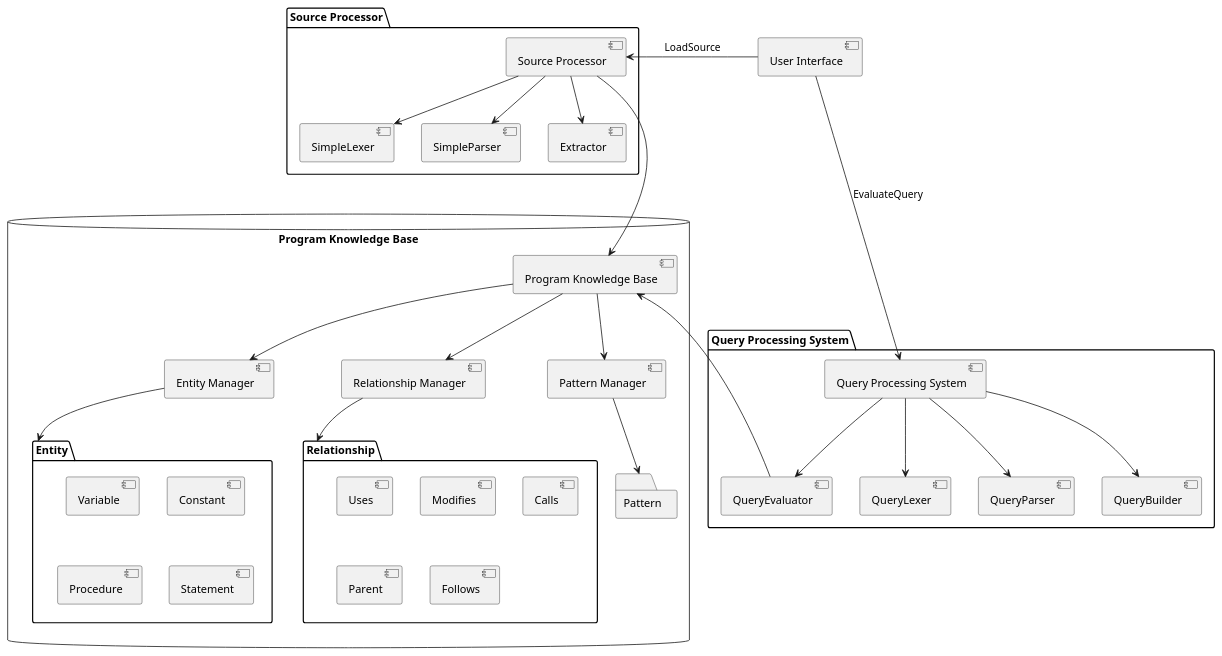
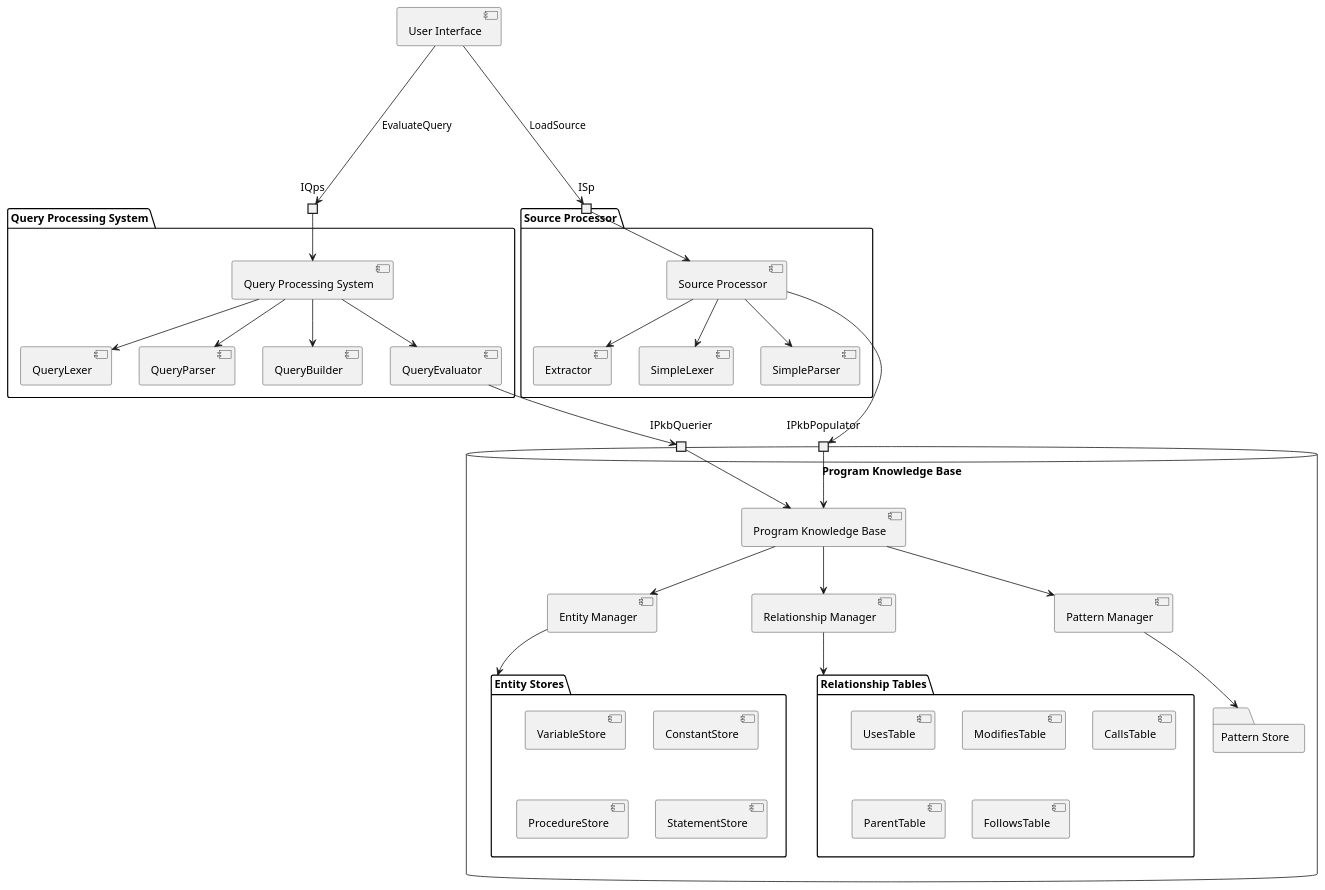
One commit to mazx4960/static-analyzer changed the diagram in docs/diagrams/SystemArchitecture.puml. Above: the diagram before and after it, drawn with PlantUML.

Commit message:
docs: update system arch component diag

```diff
--- a/docs/diagrams/SystemArchitecture.puml
+++ b/docs/diagrams/SystemArchitecture.puml
@@ -1,60 +1,68 @@
 @startuml
 
 [User Interface] as UI
 
 package "Query Processing System" {
+    port IQps
     [Query Processing System] as QPS
     [QueryLexer]
     [QueryParser]
     [QueryBuilder]
     [QueryEvaluator]
 }
 
 package "Source Processor" {
+    port ISp
     [Source Processor] as SP
     [SimpleLexer]
     [SimpleParser]
     [Extractor]
 }
 
 database "Program Knowledge Base" {
   [Program Knowledge Base] as PKB
-  [Entity Manager] --> [Entity]
-  folder "Entity" {
-    [Variable]
-    [Constant]
-    [Procedure]
-    [Statement]
+  port IPkbPopulator
+  port IPkbQuerier
+  [Entity Manager] --> [Entity Stores]
+  folder "Entity Stores" {
+    [VariableStore]
+    [ConstantStore]
+    [ProcedureStore]
+    [StatementStore]
   }
-  [Relationship Manager] --> [Relationship]
-  folder "Relationship" {
-    [Uses]
-    [Modifies]
-    [Calls]
-    [Parent]
-    [Follows]
+  [Relationship Manager] --> [Relationship Tables]
+  folder "Relationship Tables" {
+    [UsesTable]
+    [ModifiesTable]
+    [CallsTable]
+    [ParentTable]
+    [FollowsTable]
   }
-  [Pattern Manager] --> [Pattern]
-  folder "Pattern" {
+  [Pattern Manager] --> [Pattern Store]
+  folder "Pattern Store" {
   }
 }
 
-[UI] --left--> [SP] : LoadSource
-[UI] --down--> [QPS] : EvaluateQuery
+[UI] --down--> [ISp] : LoadSource
+[UI] --down--> [IQps] : EvaluateQuery
 
+[IPkbPopulator] -down-> [PKB]
+[IPkbQuerier] -down-> [PKB]
 [PKB] -down-> [Entity Manager]
 [PKB] -down-> [Relationship Manager]
 [PKB] -down-> [Pattern Manager]
 
+[ISp] -down-> [SP]
 [SP] -down-> [SimpleLexer]
 [SP] -down-> [SimpleParser]
 [SP] -down-> [Extractor]
-[SP] -down--> [PKB]
+[SP] -down--> IPkbPopulator
 
+[IQps] -down-> [QPS]
 [QPS] -down-> [QueryLexer]
 [QPS] -down-> [QueryParser]
 [QPS] -down-> [QueryBuilder]
 [QPS] -down-> [QueryEvaluator]
-[QueryEvaluator] -left-> [PKB]
+[QueryEvaluator] -down-> IPkbQuerier
 
 @enduml
```
